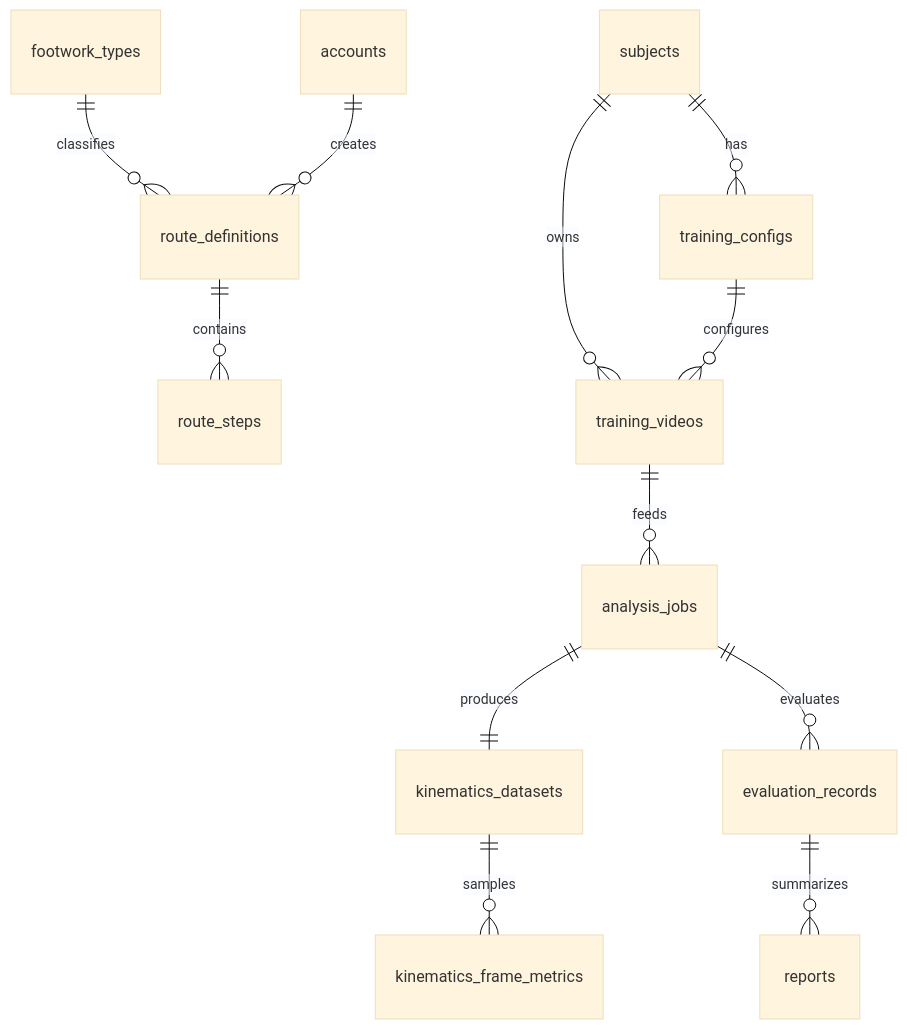
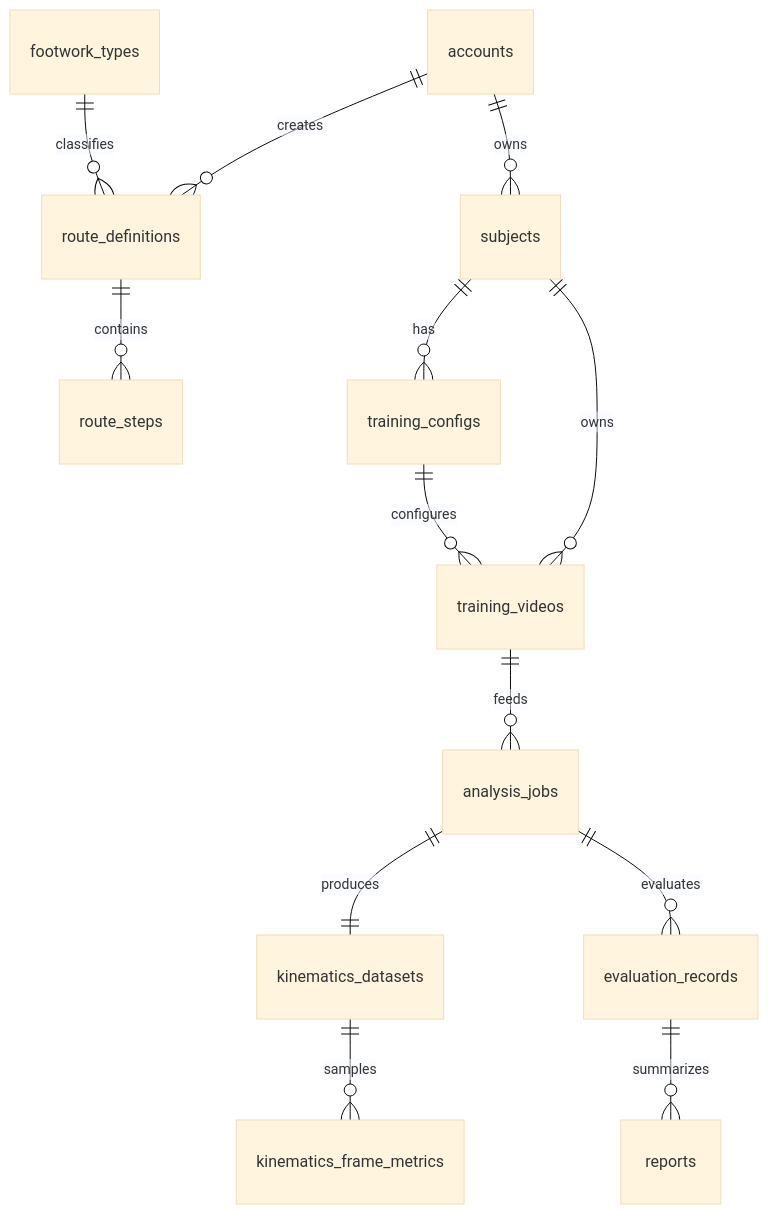
One commit to LeoGrandya/Step-training-system changed the diagram in docs/数据库架构与开发约定.md. Above: the diagram before and after it, drawn with Mermaid (base theme). The commit also changed other lines of this file and 164 other files, not shown here.

````diff
--- a/docs/数据库架构与开发约定.md
+++ b/docs/数据库架构与开发约定.md
@@ -93,14 +230,15 @@
 ```mermaid
 erDiagram
     subjects ||--o{ training_configs : has
     footwork_types ||--o{ route_definitions : classifies
     route_definitions ||--o{ route_steps : contains
     subjects ||--o{ training_videos : owns
     training_configs ||--o{ training_videos : configures
     training_videos ||--o{ analysis_jobs : feeds
     analysis_jobs ||--|| kinematics_datasets : produces
     kinematics_datasets ||--o{ kinematics_frame_metrics : samples
     analysis_jobs ||--o{ evaluation_records : evaluates
     evaluation_records ||--o{ reports : summarizes
     accounts ||--o{ route_definitions : creates
+    accounts ||--o{ subjects : owns
 ```
````
